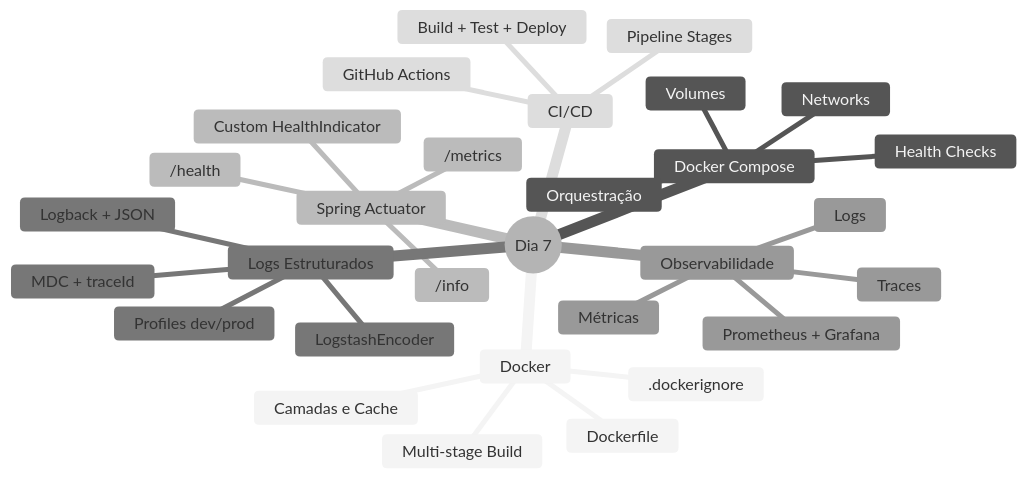
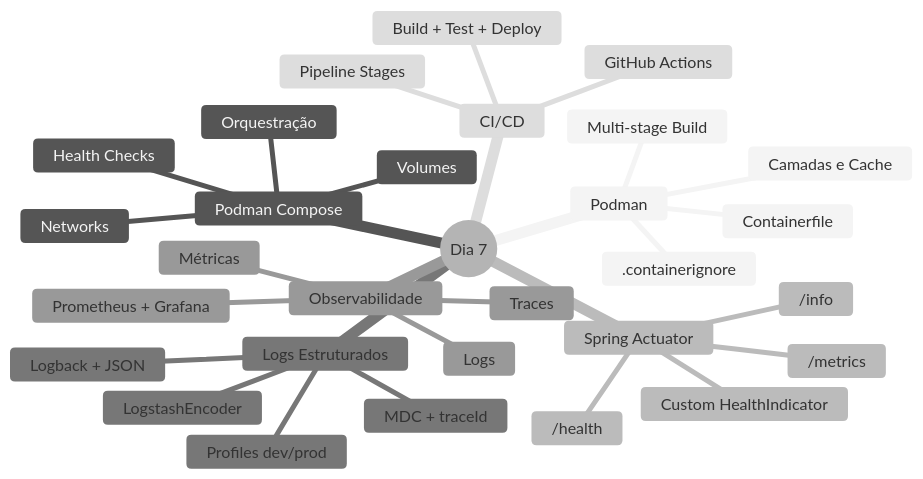
Before and after one commit to deusemarjunior/trein-java-intermed: the first of 3 diagrams in dia-07/slide-16.md, drawn with Mermaid (neutral theme). The commit also changed other lines of this file and 100 other files, not shown here.

Commit message:
removendo docker adicionando podman

````diff
--- a/dia-07/slide-16.md
+++ b/dia-07/slide-16.md
@@ -9,33 +9,33 @@
 ```mermaid
 mindmap
   root((Dia 7))
-    Docker
-      Dockerfile
+    Podman
+      Containerfile
       Multi-stage Build
-      .dockerignore
+      .containerignore
       Camadas e Cache
-    Docker Compose
+    Podman Compose
       Orquestração
       Health Checks
       Volumes
       Networks
     Spring Actuator
       /health
       /metrics
       /info
       Custom HealthIndicator
     Logs Estruturados
       Logback + JSON
       LogstashEncoder
       MDC + traceId
       Profiles dev/prod
     Observabilidade
       Métricas
       Logs
       Traces
       Prometheus + Grafana
     CI/CD
       GitHub Actions
       Pipeline Stages
       Build + Test + Deploy
 ```
````
